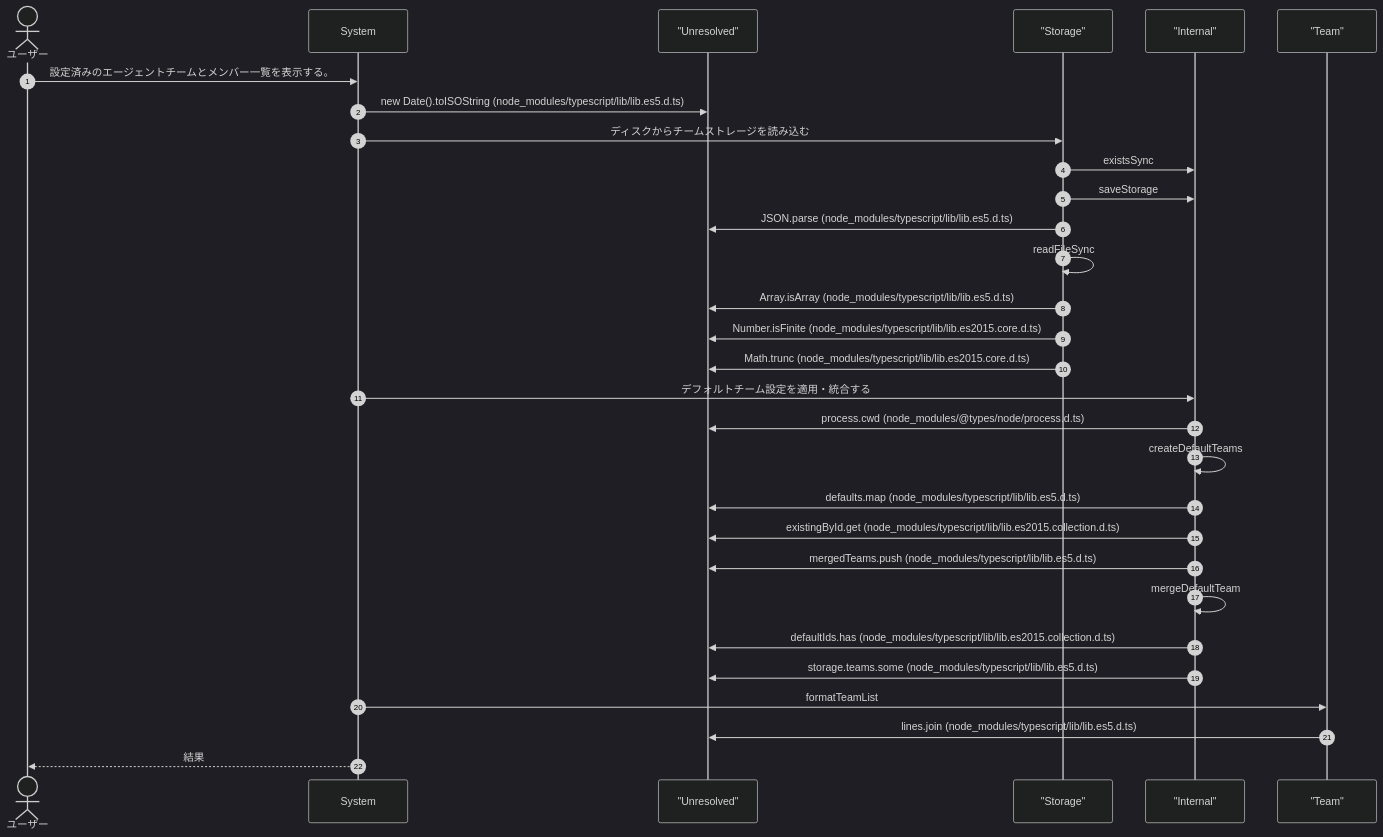
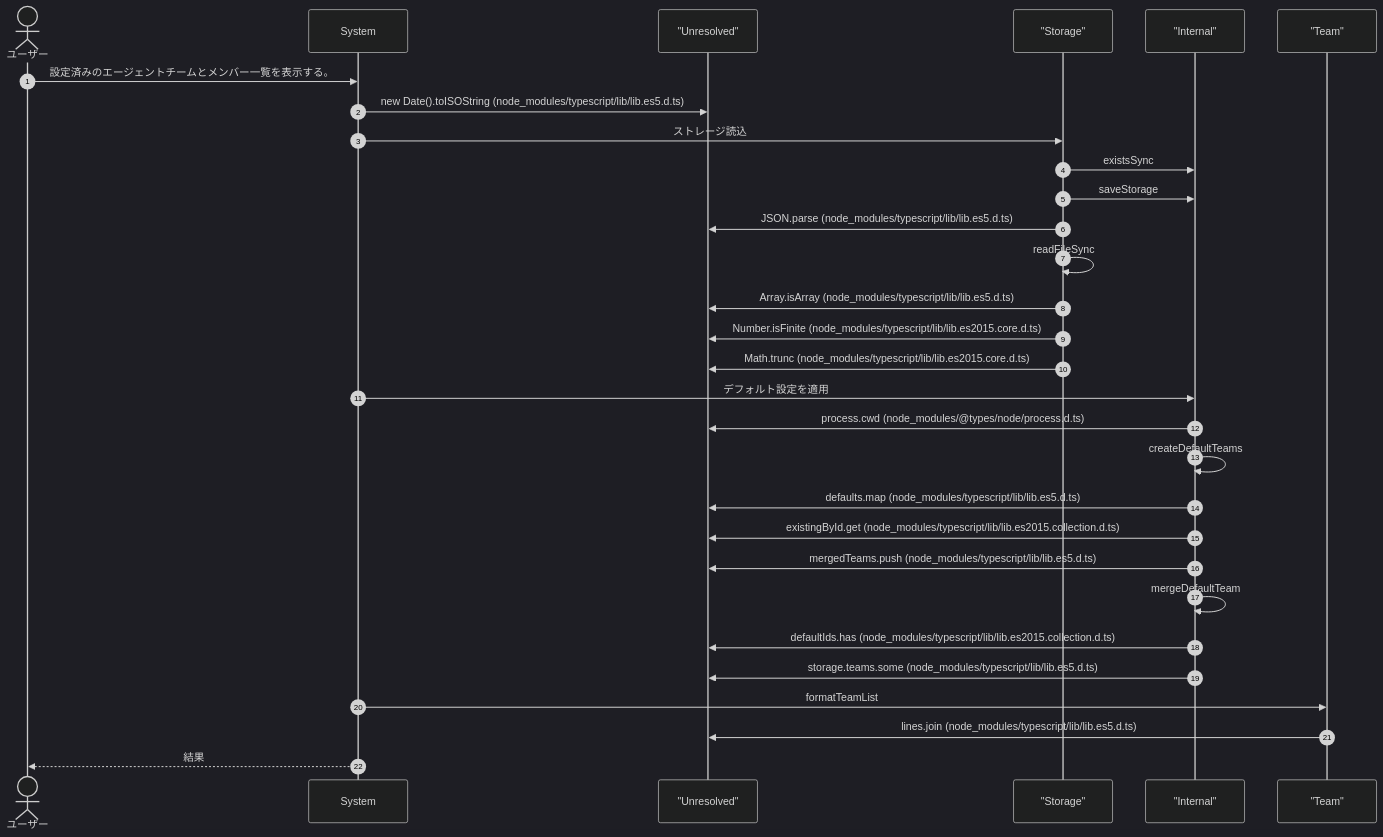
Before and after one commit to Mekann2904/mekann: the first of 10 diagrams in ABDD/.pi/extensions/agent-teams.md, drawn with Mermaid (dark theme). The commit also changed other lines of this file and 212 other files, not shown here.

````diff
--- a/ABDD/.pi/extensions/agent-teams.md
+++ b/ABDD/.pi/extensions/agent-teams.md
@@ -41,34 +41,34 @@
 ```mermaid
 sequenceDiagram
   autonumber
   actor User as ユーザー
   participant System as System
   participant Unresolved as "Unresolved"
   participant Storage as "Storage"
   participant Internal as "Internal"
   participant Team as "Team"
 
   User->>System: 設定済みのエージェントチームとメンバー一覧を表示する。
   System->>Unresolved: new Date().toISOString (node_modules/typescript/lib/lib.es5.d.ts)
-  System->>Storage: ディスクからチームストレージを読み込む
+  System->>Storage: ストレージ読込
   Storage->>Internal: existsSync
   Storage->>Internal: saveStorage
   Storage->>Unresolved: JSON.parse (node_modules/typescript/lib/lib.es5.d.ts)
   Storage->>Storage: readFileSync
   Storage->>Unresolved: Array.isArray (node_modules/typescript/lib/lib.es5.d.ts)
   Storage->>Unresolved: Number.isFinite (node_modules/typescript/lib/lib.es2015.core.d.ts)
   Storage->>Unresolved: Math.trunc (node_modules/typescript/lib/lib.es2015.core.d.ts)
-  System->>Internal: デフォルトチーム設定を適用・統合する
+  System->>Internal: デフォルト設定を適用
   Internal->>Unresolved: process.cwd (node_modules/@types/node/process.d.ts)
   Internal->>Internal: createDefaultTeams
   Internal->>Unresolved: defaults.map (node_modules/typescript/lib/lib.es5.d.ts)
   Internal->>Unresolved: existingById.get (node_modules/typescript/lib/lib.es2015.collection.d.ts)
   Internal->>Unresolved: mergedTeams.push (node_modules/typescript/lib/lib.es5.d.ts)
   Internal->>Internal: mergeDefaultTeam
   Internal->>Unresolved: defaultIds.has (node_modules/typescript/lib/lib.es2015.collection.d.ts)
   Internal->>Unresolved: storage.teams.some (node_modules/typescript/lib/lib.es5.d.ts)
   System->>Team: formatTeamList
   Team->>Unresolved: lines.join (node_modules/typescript/lib/lib.es5.d.ts)
   System-->>User: 結果
 
 ```
````
